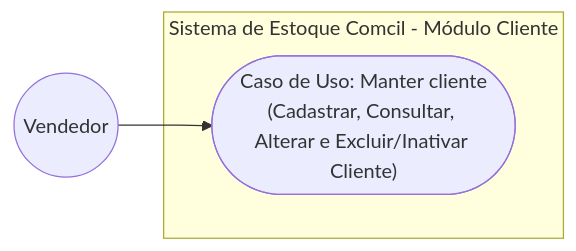
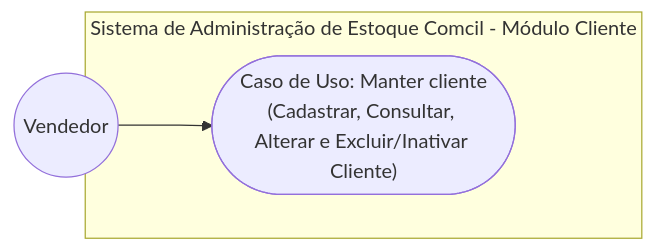
The first of 4 diagrams in docs/doc-modelos.md (danielmrz7/projeto-scrum-eng1), drawn with Mermaid before and after one commit. The commit also changed other lines of this file, not shown here.

````diff
--- a/docs/doc-modelos.md
+++ b/docs/doc-modelos.md
@@ -15,10 +16,10 @@
 ```mermaid
 graph LR
     Vendedor((Vendedor))
 
-    subgraph Sistema ["Sistema de Estoque Comcil - Módulo Cliente"]
+    subgraph Sistema ["Sistema de Administração de Estoque Comcil - Módulo Cliente"]
         UC01(["Caso de Uso: Manter cliente<br>(Cadastrar, Consultar, Alterar e Excluir/Inativar Cliente)"])
     end
 
     Vendedor --> UC01
 ```
````
